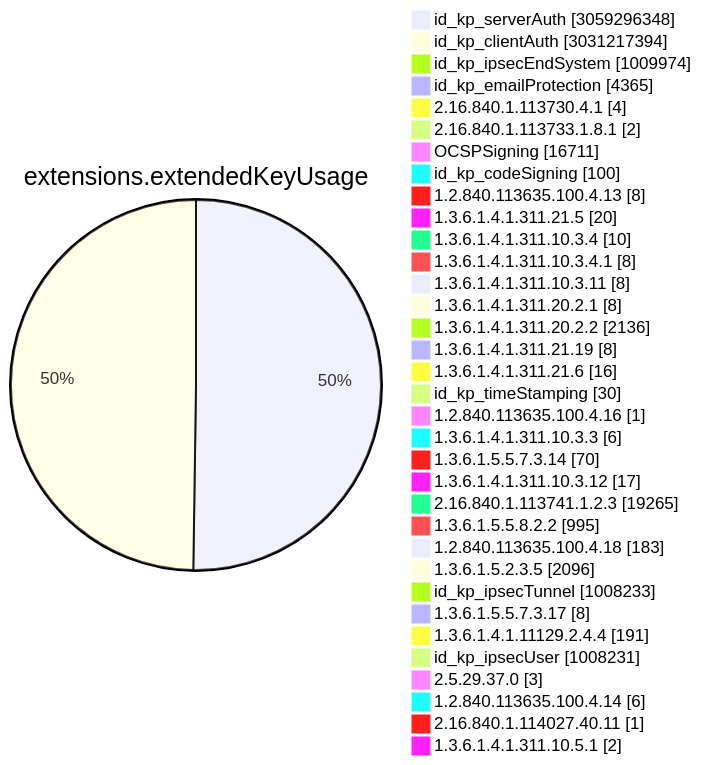
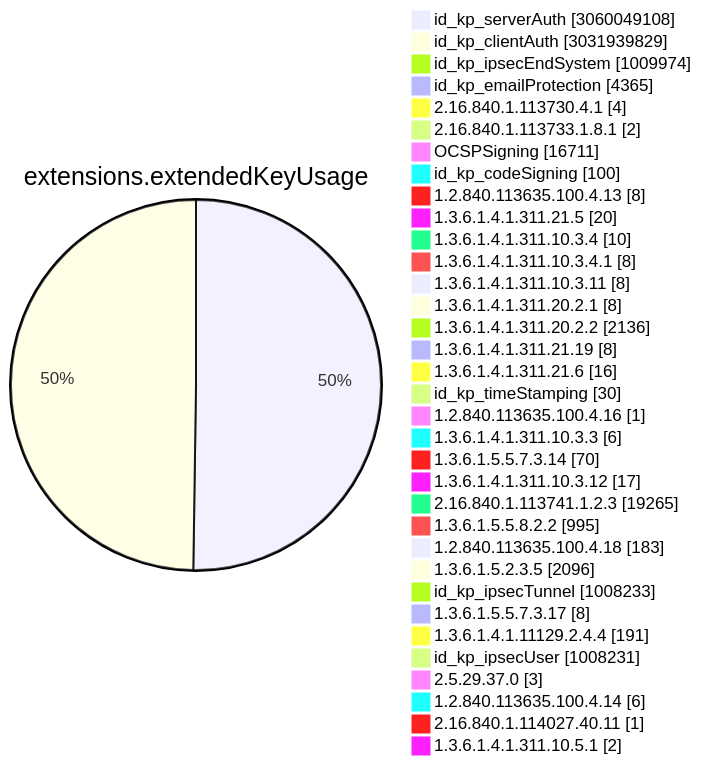
One commit to christiankrug/ctmonitor_visualization changed diagram 11 of 15 in TOTAL/README.md. Above: the diagram before and after it, drawn with Mermaid. The commit also changed other lines of this file, not shown here.

````diff
--- a/TOTAL/README.md
+++ b/TOTAL/README.md
@@ -4117,38 +4117,38 @@
 ```mermaid
 pie showData
 title extensions.extendedKeyUsage
-"id_kp_serverAuth" :3059296348
-"id_kp_clientAuth" :3031217394
+"id_kp_serverAuth" :3060049108
+"id_kp_clientAuth" :3031939829
 "id_kp_ipsecEndSystem" :1009974
 "id_kp_emailProtection" :4365
 "2.16.840.1.113730.4.1" :4
 "2.16.840.1.113733.1.8.1" :2
 "OCSPSigning" :16711
 "id_kp_codeSigning" :100
 "1.2.840.113635.100.4.13" :8
 "1.3.6.1.4.1.311.21.5" :20
 "1.3.6.1.4.1.311.10.3.4" :10
 "1.3.6.1.4.1.311.10.3.4.1" :8
 "1.3.6.1.4.1.311.10.3.11" :8
 "1.3.6.1.4.1.311.20.2.1" :8
 "1.3.6.1.4.1.311.20.2.2" :2136
 "1.3.6.1.4.1.311.21.19" :8
 "1.3.6.1.4.1.311.21.6" :16
 "id_kp_timeStamping" :30
 "1.2.840.113635.100.4.16" :1
 "1.3.6.1.4.1.311.10.3.3" :6
 "1.3.6.1.5.5.7.3.14" :70
 "1.3.6.1.4.1.311.10.3.12" :17
 "2.16.840.1.113741.1.2.3" :19265
 "1.3.6.1.5.5.8.2.2" :995
 "1.2.840.113635.100.4.18" :183
 "1.3.6.1.5.2.3.5" :2096
 "id_kp_ipsecTunnel" :1008233
 "1.3.6.1.5.5.7.3.17" :8
 "1.3.6.1.4.1.11129.2.4.4" :191
 "id_kp_ipsecUser" :1008231
 "2.5.29.37.0" :3
 "1.2.840.113635.100.4.14" :6
 "2.16.840.1.114027.40.11" :1
 "1.3.6.1.4.1.311.10.5.1" :2
 ```
````
